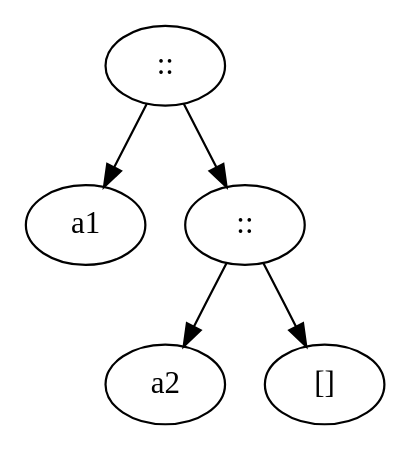
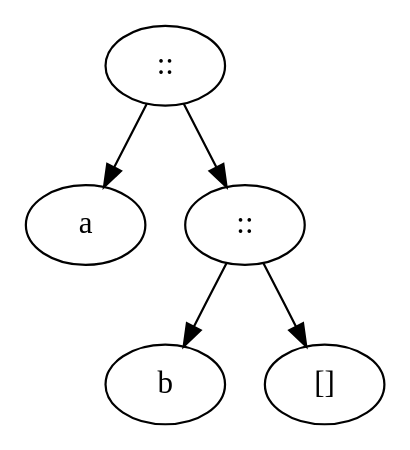
Before and after one commit to d12frosted/talks: the fourth of 5 diagrams in 2019-10-29-fforkshop-functors-scala/slides.org, drawn with Graphviz. The commit also changed other lines of this file and 4 other files, not shown here.

```diff
--- a/2019-10-29-fforkshop-functors-scala/slides.org
+++ b/2019-10-29-fforkshop-functors-scala/slides.org
@@ -704,16 +704,16 @@
 #+begin_src dot :file .dot/functor-list-broken-1.png :cmdline -Kdot -Tpng -Gdpi=180
   digraph {
-    v1[label="a1"];
-    v2[label="a2"];
+    v1[label="a"];
+    v2[label="b"];
 
     c1[label="::"];
     c2[label="::"];
     c3[label="[]"];
 
     c1 -> v1
     c1 -> c2
 
     c2 -> v2
     c2 -> c3
   }
 #+end_src
```
